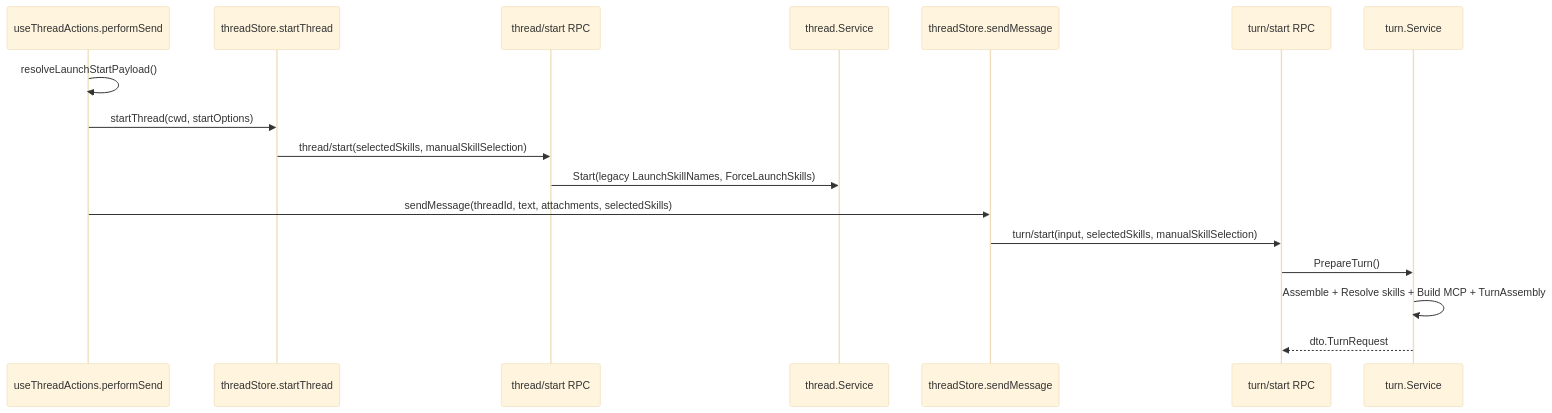
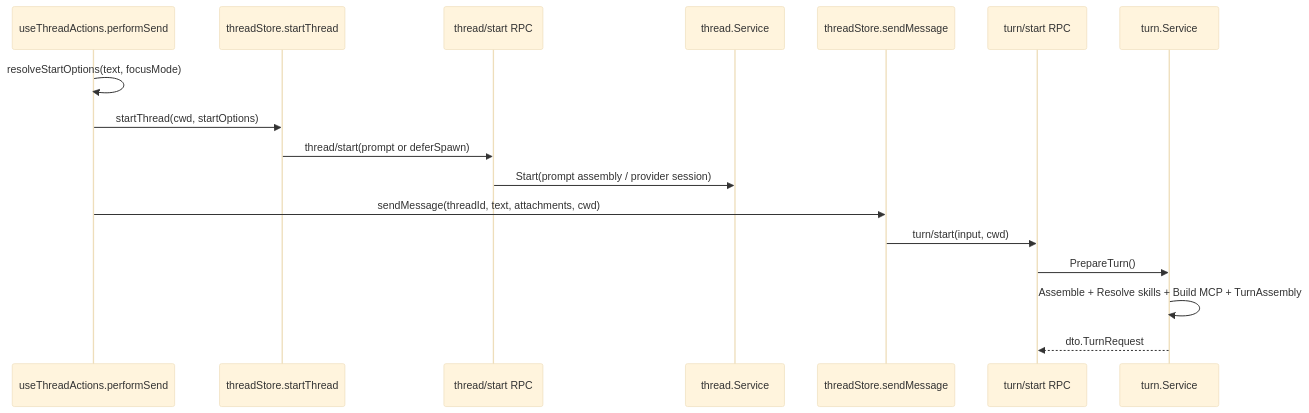
One commit to lihah111222333-cloud/Super-Dolphin-Agent-Cockpit changed the eighth of 8 diagrams in docs/doc/codemap/07-module-write.md. Above: the diagram before and after it, drawn with Mermaid (base theme). The commit also changed other lines of this file and 40 other files, not shown here.

Commit message:
refactor(skill): remove chat skill selection pipeline

````diff
--- a/docs/doc/codemap/07-module-write.md
+++ b/docs/doc/codemap/07-module-write.md
@@ -560,20 +560,20 @@
 ```mermaid
 sequenceDiagram
     participant UI as useThreadActions.performSend
     participant TS as threadStore.startThread
     participant TH as thread/start RPC
     participant T as thread.Service
     participant SM as threadStore.sendMessage
     participant TURN as turn/start RPC
     participant TVC as turn.Service
 
-    UI->>UI: resolveLaunchStartPayload()
+    UI->>UI: resolveStartOptions(text, focusMode)
     UI->>TS: startThread(cwd, startOptions)
-    TS->>TH: thread/start(selectedSkills, manualSkillSelection)
-    TH->>T: Start(legacy LaunchSkillNames, ForceLaunchSkills)
-    UI->>SM: sendMessage(threadId, text, attachments, selectedSkills)
-    SM->>TURN: turn/start(input, selectedSkills, manualSkillSelection)
+    TS->>TH: thread/start(prompt or deferSpawn)
+    TH->>T: Start(prompt assembly / provider session)
+    UI->>SM: sendMessage(threadId, text, attachments, cwd)
+    SM->>TURN: turn/start(input, cwd)
     TURN->>TVC: PrepareTurn()
     TVC->>TVC: Assemble + Resolve skills + Build MCP + TurnAssembly
     TVC-->>TURN: dto.TurnRequest
 ```
````
